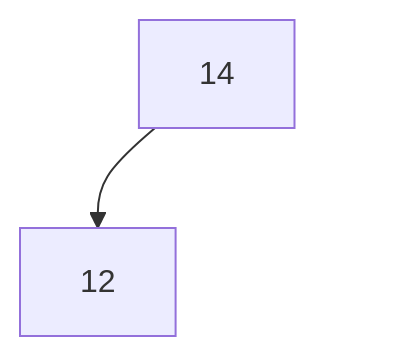
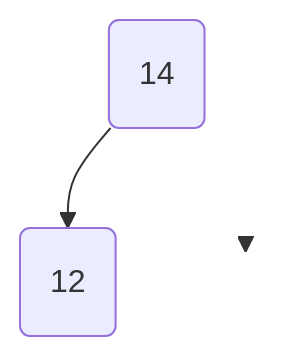
One commit to nsimeyroneinc/NSITerm2024 changed diagram 11 of 15 in docs/Annales/Corriges/23-NSIZERO-A.md. Above: the diagram before and after it, drawn with Mermaid. The commit also changed other lines of this file and 1309 other files, not shown here.

````diff
--- a/docs/Annales/Corriges/23-NSIZERO-A.md
+++ b/docs/Annales/Corriges/23-NSIZERO-A.md
@@ -264,7 +291,8 @@
     ```mermaid
         graph TD
-        S14["14"] --> S12["12"]
-        S14 --> V1[" "]
-        style V1 opacity:0;
-        linkStyle 1 stroke:#FFFFFF,stroke-width:0px
-    ```
+        N("14")
+        N --> Ng("12")
+        N --> Nd(" ")
+        style Nd fill:none, stroke-width:0px
+        linkStyle 1 stroke-width:0px
+    ``` 
````
